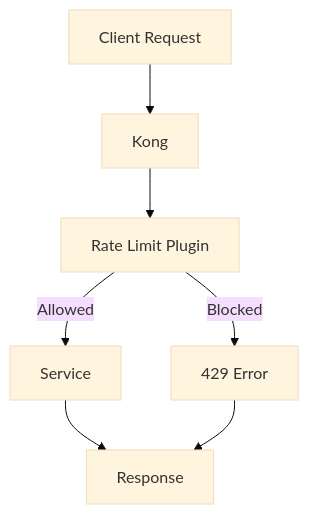
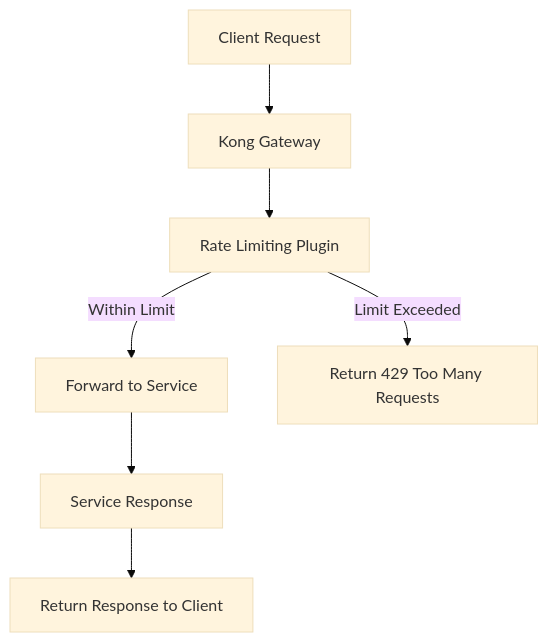
Before and after one commit to SyedRehan-cloud/COE-Tasks: the sixth of 7 diagrams in KONG-Doc-README.md, drawn with Mermaid (base theme). The commit also changed other lines of this file, not shown here.

````diff
--- a/KONG-Doc-README.md
+++ b/KONG-Doc-README.md
@@ -413,11 +407,11 @@
-```mermaid id="rate1"
+```mermaid id="rate_fixed"
 flowchart TD
-    A["Client Request"] --> B["Kong"]
-    B --> C["Rate Limit Plugin"]
+    A[Client Request] --> B[Kong Gateway]
+    B --> C[Rate Limiting Plugin]
 
-    C -->|Allowed| D["Service"]
-    C -->|Blocked| E["429 Error"]
+    C -->|Within Limit| D[Forward to Service]
+    D --> E[Service Response]
+    E --> F[Return Response to Client]
 
-    D --> F["Response"]
-    E --> F
+    C -->|Limit Exceeded| G[Return 429 Too Many Requests]
 ```
````
